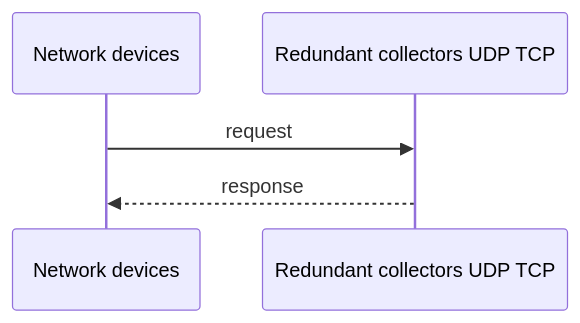
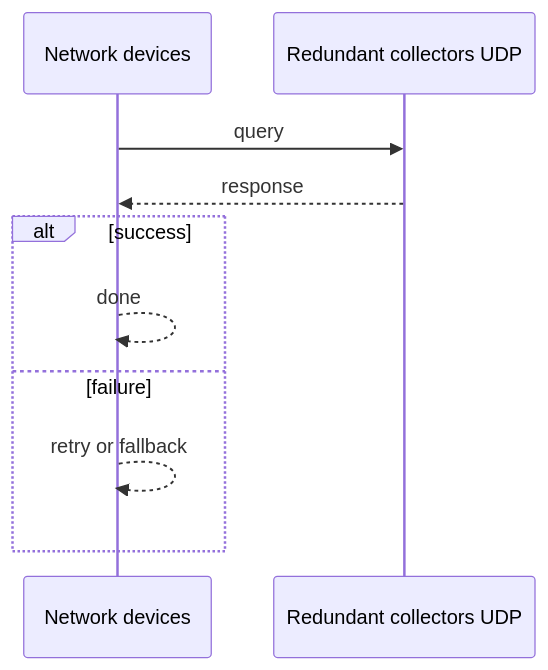
One commit to RIT-MESH/system-design-mastery changed the second of 3 diagrams in case-studies/network-ai-systems/intelligent-syslog-monitoring.md. Above: the diagram before and after it, drawn with Mermaid. The commit also changed other lines of this file and 215 other files, not shown here.

First line of the commit message:
Complete all remaining work: expand case studies, add 13 AI case studies, fix diagrams, status to Complete

````diff
--- a/case-studies/network-ai-systems/intelligent-syslog-monitoring.md
+++ b/case-studies/network-ai-systems/intelligent-syslog-monitoring.md
@@ -27,8 +28,13 @@
 ```mermaid
-%% origin: original to system-design-mastery
+%% created-for: system-design-mastery
 sequenceDiagram
   participant P0 as Network devices
-  participant P1 as Redundant collectors UDP TCP
-  P0 ->> P1: request
+  participant P1 as Redundant collectors UDP
+  P0 ->> P1: query
   P1 -->> P0: response
+  alt success
+    P0 -->> P0: done
+  else failure
+    P0 -->> P0: retry or fallback
+  end
 ```
````
